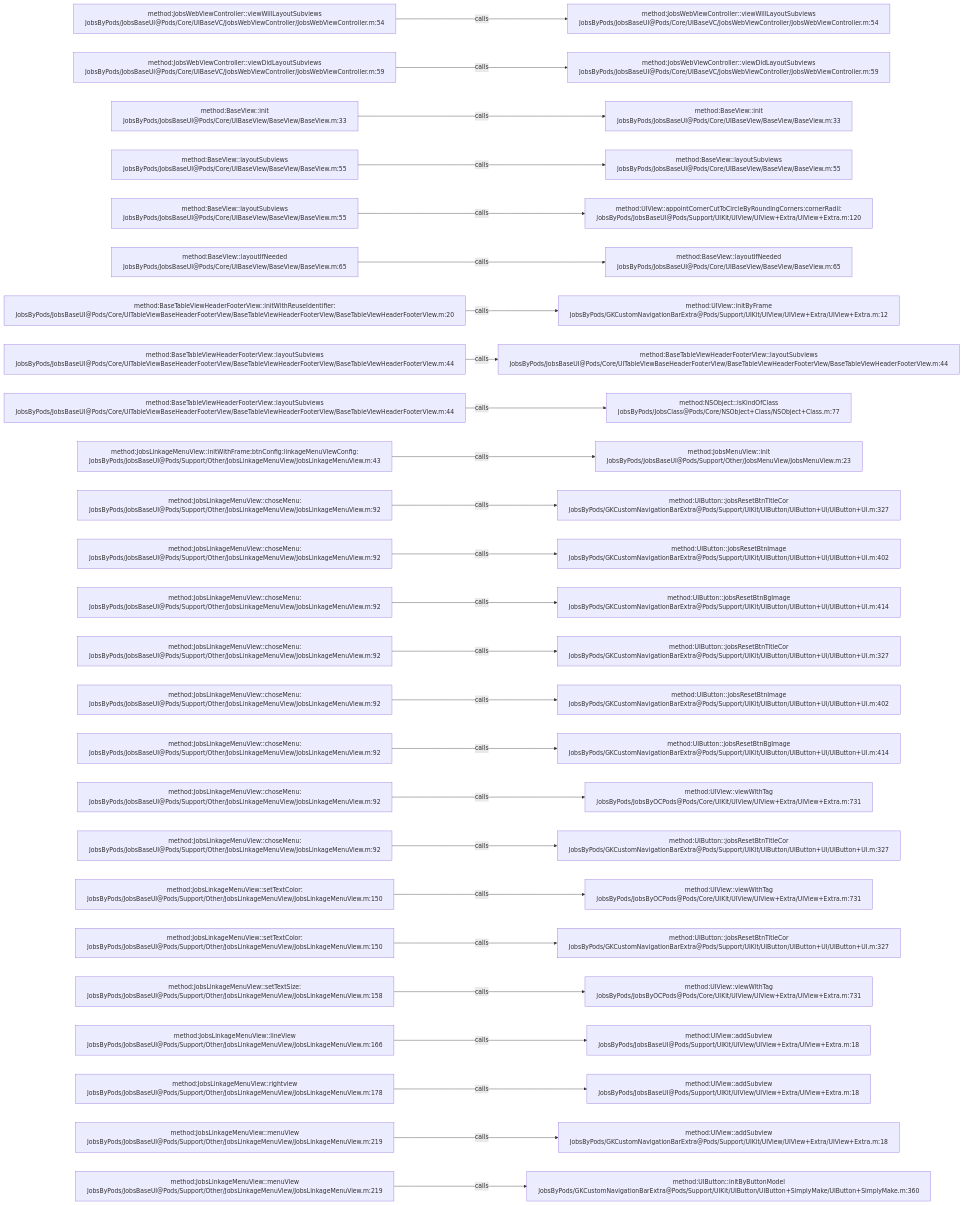
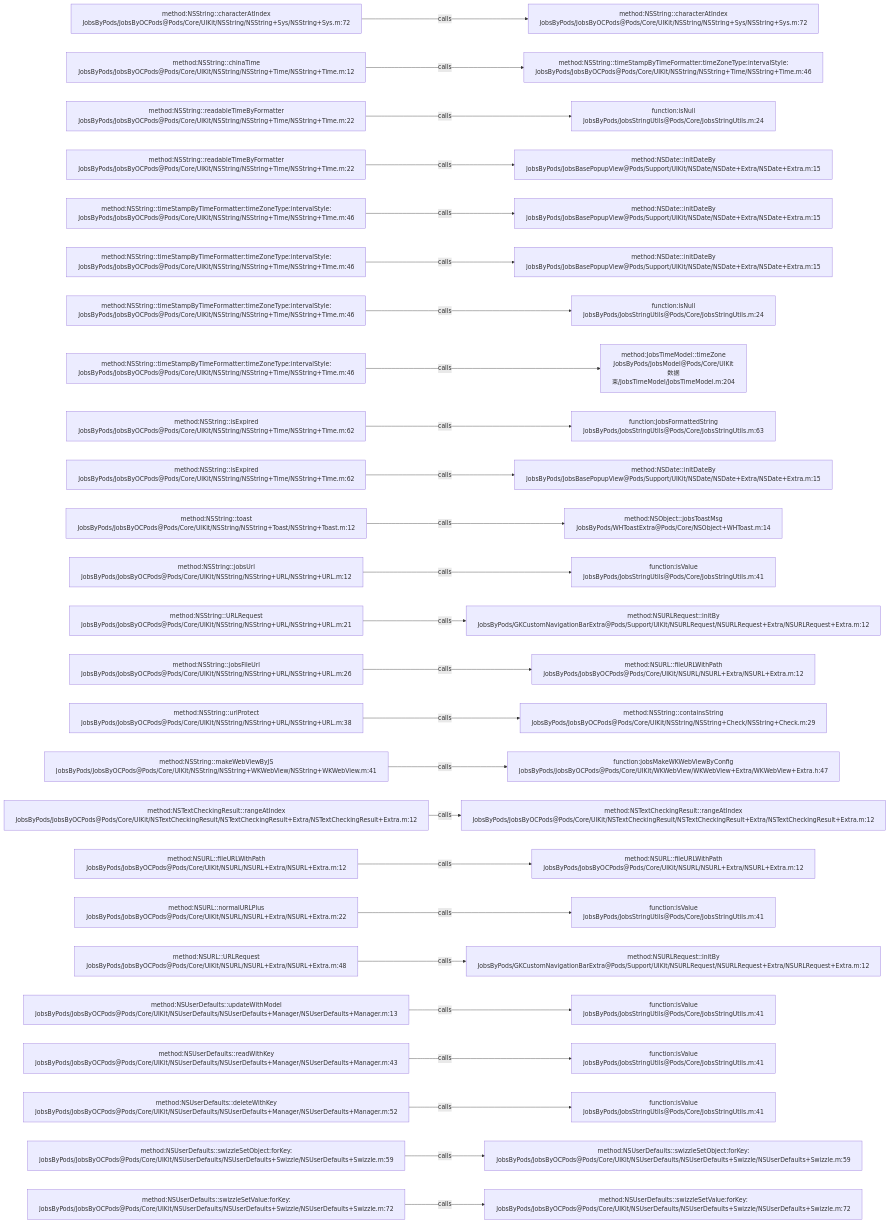
Before and after one commit to JobsKits/JobsOCBaseConfigDemo: the diagram in .codegraph/codegraph.md/graphs/calls-034.md, drawn with Mermaid. The commit also changed 573 other files, not shown here.

````diff
--- a/.codegraph/codegraph.md/graphs/calls-034.md
+++ b/.codegraph/codegraph.md/graphs/calls-034.md
@@ -13,78 +13,78 @@
 ```mermaid
 flowchart LR
-  S1["method:JobsWebViewController::viewWillLayoutSubviews<br/>JobsByPods/JobsBaseUI@Pods/Core/UIBaseVC/JobsWebViewController/JobsWebViewController.m:54"]
-  T1["method:JobsWebViewController::viewWillLayoutSubviews<br/>JobsByPods/JobsBaseUI@Pods/Core/UIBaseVC/JobsWebViewController/JobsWebViewController.m:54"]
+  S1["method:NSString::characterAtIndex<br/>JobsByPods/JobsByOCPods@Pods/Core/UIKit/NSString/NSString+Sys/NSString+Sys.m:72"]
+  T1["method:NSString::characterAtIndex<br/>JobsByPods/JobsByOCPods@Pods/Core/UIKit/NSString/NSString+Sys/NSString+Sys.m:72"]
   S1 -->|calls| T1
-  S2["method:JobsWebViewController::viewDidLayoutSubviews<br/>JobsByPods/JobsBaseUI@Pods/Core/UIBaseVC/JobsWebViewController/JobsWebViewController.m:59"]
-  T2["method:JobsWebViewController::viewDidLayoutSubviews<br/>JobsByPods/JobsBaseUI@Pods/Core/UIBaseVC/JobsWebViewController/JobsWebViewController.m:59"]
+  S2["method:NSString::chinaTime<br/>JobsByPods/JobsByOCPods@Pods/Core/UIKit/NSString/NSString+Time/NSString+Time.m:12"]
+  T2["method:NSString::timeStampByTimeFormatter:timeZoneType:intervalStyle:<br/>JobsByPods/JobsByOCPods@Pods/Core/UIKit/NSString/NSString+Time/NSString+Time.m:46"]
   S2 -->|calls| T2
-  S3["method:BaseView::init<br/>JobsByPods/JobsBaseUI@Pods/Core/UIBaseView/BaseView/BaseView.m:33"]
-  T3["method:BaseView::init<br/>JobsByPods/JobsBaseUI@Pods/Core/UIBaseView/BaseView/BaseView.m:33"]
+  S3["method:NSString::readableTimeByFormatter<br/>JobsByPods/JobsByOCPods@Pods/Core/UIKit/NSString/NSString+Time/NSString+Time.m:22"]
+  T3["function:isNull<br/>JobsByPods/JobsStringUtils@Pods/Core/JobsStringUtils.m:24"]
   S3 -->|calls| T3
-  S4["method:BaseView::layoutSubviews<br/>JobsByPods/JobsBaseUI@Pods/Core/UIBaseView/BaseView/BaseView.m:55"]
-  T4["method:BaseView::layoutSubviews<br/>JobsByPods/JobsBaseUI@Pods/Core/UIBaseView/BaseView/BaseView.m:55"]
+  S4["method:NSString::readableTimeByFormatter<br/>JobsByPods/JobsByOCPods@Pods/Core/UIKit/NSString/NSString+Time/NSString+Time.m:22"]
+  T4["method:NSDate::initDateBy<br/>JobsByPods/JobsBasePopupView@Pods/Support/UIKit/NSDate/NSDate+Extra/NSDate+Extra.m:15"]
   S4 -->|calls| T4
-  S5["method:BaseView::layoutSubviews<br/>JobsByPods/JobsBaseUI@Pods/Core/UIBaseView/BaseView/BaseView.m:55"]
-  T5["method:UIView::appointCornerCutToCircleByRoundingCorners:cornerRadii:<br/>JobsByPods/JobsBaseUI@Pods/Support/UIKit/UIView/UIView+Extra/UIView+Extra.m:120"]
+  S5["method:NSString::timeStampByTimeFormatter:timeZoneType:intervalStyle:<br/>JobsByPods/JobsByOCPods@Pods/Core/UIKit/NSString/NSString+Time/NSString+Time.m:46"]
+  T5["method:NSDate::initDateBy<br/>JobsByPods/JobsBasePopupView@Pods/Support/UIKit/NSDate/NSDate+Extra/NSDate+Extra.m:15"]
   S5 -->|calls| T5
-  S6["method:BaseView::layoutIfNeeded<br/>JobsByPods/JobsBaseUI@Pods/Core/UIBaseView/BaseView/BaseView.m:65"]
-  T6["method:BaseView::layoutIfNeeded<br/>JobsByPods/JobsBaseUI@Pods/Core/UIBaseView/BaseView/BaseView.m:65"]
+  S6["method:NSString::timeStampByTimeFormatter:timeZoneType:intervalStyle:<br/>JobsByPods/JobsByOCPods@Pods/Core/UIKit/NSString/NSString+Time/NSString+Time.m:46"]
+  T6["method:NSDate::initDateBy<br/>JobsByPods/JobsBasePopupView@Pods/Support/UIKit/NSDate/NSDate+Extra/NSDate+Extra.m:15"]
   S6 -->|calls| T6
-  S7["method:BaseTableViewHeaderFooterView::initWithReuseIdentifier:<br/>JobsByPods/JobsBaseUI@Pods/Core/UITableViewBaseHeaderFooterView/BaseTableViewHeaderFooterView/BaseTableViewHeaderFooterView.m:20"]
-  T7["method:UIView::initByFrame<br/>JobsByPods/GKCustomNavigationBarExtra@Pods/Support/UIKit/UIView/UIView+Extra/UIView+Extra.m:12"]
+  S7["method:NSString::timeStampByTimeFormatter:timeZoneType:intervalStyle:<br/>JobsByPods/JobsByOCPods@Pods/Core/UIKit/NSString/NSString+Time/NSString+Time.m:46"]
+  T7["function:isNull<br/>JobsByPods/JobsStringUtils@Pods/Core/JobsStringUtils.m:24"]
   S7 -->|calls| T7
-  S8["method:BaseTableViewHeaderFooterView::layoutSubviews<br/>JobsByPods/JobsBaseUI@Pods/Core/UITableViewBaseHeaderFooterView/BaseTableViewHeaderFooterView/BaseTableViewHeaderFooterView.m:44"]
-  T8["method:BaseTableViewHeaderFooterView::layoutSubviews<br/>JobsByPods/JobsBaseUI@Pods/Core/UITableViewBaseHeaderFooterView/BaseTableViewHeaderFooterView/BaseTableViewHeaderFooterView.m:44"]
+  S8["method:NSString::timeStampByTimeFormatter:timeZoneType:intervalStyle:<br/>JobsByPods/JobsByOCPods@Pods/Core/UIKit/NSString/NSString+Time/NSString+Time.m:46"]
+  T8["method:JobsTimeModel::timeZone<br/>JobsByPods/JobsModel@Pods/Core/UIKit数据束/JobsTimeModel/JobsTimeModel.m:204"]
   S8 -->|calls| T8
-  S9["method:BaseTableViewHeaderFooterView::layoutSubviews<br/>JobsByPods/JobsBaseUI@Pods/Core/UITableViewBaseHeaderFooterView/BaseTableViewHeaderFooterView/BaseTableViewHeaderFooterView.m:44"]
-  T9["method:NSObject::isKindOfClass<br/>JobsByPods/JobsClass@Pods/Core/NSObject+Class/NSObject+Class.m:77"]
+  S9["method:NSString::isExpired<br/>JobsByPods/JobsByOCPods@Pods/Core/UIKit/NSString/NSString+Time/NSString+Time.m:62"]
+  T9["function:JobsFormattedString<br/>JobsByPods/JobsStringUtils@Pods/Core/JobsStringUtils.m:63"]
   S9 -->|calls| T9
-  S10["method:JobsLinkageMenuView::initWithFrame:btnConfig:linkageMenuViewConfig:<br/>JobsByPods/JobsBaseUI@Pods/Support/Other/JobsLinkageMenuView/JobsLinkageMenuView.m:43"]
-  T10["method:JobsMenuView::init<br/>JobsByPods/JobsBaseUI@Pods/Support/Other/JobsMenuView/JobsMenuView.m:23"]
+  S10["method:NSString::isExpired<br/>JobsByPods/JobsByOCPods@Pods/Core/UIKit/NSString/NSString+Time/NSString+Time.m:62"]
+  T10["method:NSDate::initDateBy<br/>JobsByPods/JobsBasePopupView@Pods/Support/UIKit/NSDate/NSDate+Extra/NSDate+Extra.m:15"]
   S10 -->|calls| T10
-  S11["method:JobsLinkageMenuView::choseMenu:<br/>JobsByPods/JobsBaseUI@Pods/Support/Other/JobsLinkageMenuView/JobsLinkageMenuView.m:92"]
-  T11["method:UIButton::jobsResetBtnTitleCor<br/>JobsByPods/GKCustomNavigationBarExtra@Pods/Support/UIKit/UIButton/UIButton+UI/UIButton+UI.m:327"]
+  S11["method:NSString::toast<br/>JobsByPods/JobsByOCPods@Pods/Core/UIKit/NSString/NSString+Toast/NSString+Toast.m:12"]
+  T11["method:NSObject::jobsToastMsg<br/>JobsByPods/WHToastExtra@Pods/Core/NSObject+WHToast.m:14"]
   S11 -->|calls| T11
-  S12["method:JobsLinkageMenuView::choseMenu:<br/>JobsByPods/JobsBaseUI@Pods/Support/Other/JobsLinkageMenuView/JobsLinkageMenuView.m:92"]
-  T12["method:UIButton::jobsResetBtnImage<br/>JobsByPods/GKCustomNavigationBarExtra@Pods/Support/UIKit/UIButton/UIButton+UI/UIButton+UI.m:402"]
+  S12["method:NSString::jobsUrl<br/>JobsByPods/JobsByOCPods@Pods/Core/UIKit/NSString/NSString+URL/NSString+URL.m:12"]
+  T12["function:isValue<br/>JobsByPods/JobsStringUtils@Pods/Core/JobsStringUtils.m:41"]
   S12 -->|calls| T12
-  S13["method:JobsLinkageMenuView::choseMenu:<br/>JobsByPods/JobsBaseUI@Pods/Support/Other/JobsLinkageMenuView/JobsLinkageMenuView.m:92"]
-  T13["method:UIButton::jobsResetBtnBgImage<br/>JobsByPods/GKCustomNavigationBarExtra@Pods/Support/UIKit/UIButton/UIButton+UI/UIButton+UI.m:414"]
+  S13["method:NSString::URLRequest<br/>JobsByPods/JobsByOCPods@Pods/Core/UIKit/NSString/NSString+URL/NSString+URL.m:21"]
+  T13["method:NSURLRequest::initBy<br/>JobsByPods/GKCustomNavigationBarExtra@Pods/Support/UIKit/NSURLRequest/NSURLRequest+Extra/NSURLRequest+Extra.m:12"]
   S13 -->|calls| T13
-  S14["method:JobsLinkageMenuView::choseMenu:<br/>JobsByPods/JobsBaseUI@Pods/Support/Other/JobsLinkageMenuView/JobsLinkageMenuView.m:92"]
-  T14["method:UIButton::jobsResetBtnTitleCor<br/>JobsByPods/GKCustomNavigationBarExtra@Pods/Support/UIKit/UIButton/UIButton+UI/UIButton+UI.m:327"]
+  S14["method:NSString::jobsFileUrl<br/>JobsByPods/JobsByOCPods@Pods/Core/UIKit/NSString/NSString+URL/NSString+URL.m:26"]
+  T14["method:NSURL::fileURLWithPath<br/>JobsByPods/JobsByOCPods@Pods/Core/UIKit/NSURL/NSURL+Extra/NSURL+Extra.m:12"]
   S14 -->|calls| T14
-  S15["method:JobsLinkageMenuView::choseMenu:<br/>JobsByPods/JobsBaseUI@Pods/Support/Other/JobsLinkageMenuView/JobsLinkageMenuView.m:92"]
-  T15["method:UIButton::jobsResetBtnImage<br/>JobsByPods/GKCustomNavigationBarExtra@Pods/Support/UIKit/UIButton/UIButton+UI/UIButton+UI.m:402"]
+  S15["method:NSString::urlProtect<br/>JobsByPods/JobsByOCPods@Pods/Core/UIKit/NSString/NSString+URL/NSString+URL.m:38"]
+  T15["method:NSString::containsString<br/>JobsByPods/JobsByOCPods@Pods/Core/UIKit/NSString/NSString+Check/NSString+Check.m:29"]
   S15 -->|calls| T15
-  S16["method:JobsLinkageMenuView::choseMenu:<br/>JobsByPods/JobsBaseUI@Pods/Support/Other/JobsLinkageMenuView/JobsLinkageMenuView.m:92"]
-  T16["method:UIButton::jobsResetBtnBgImage<br/>JobsByPods/GKCustomNavigationBarExtra@Pods/Support/UIKit/UIButton/UIButton+UI/UIButton+UI.m:414"]
+  S16["method:NSString::makeWebViewByJS<br/>JobsByPods/JobsByOCPods@Pods/Core/UIKit/NSString/NSString+WKWebView/NSString+WKWebView.m:41"]
+  T16["function:jobsMakeWKWebViewByConfig<br/>JobsByPods/JobsByOCPods@Pods/Core/UIKit/WKWebView/WKWebView+Extra/WKWebView+Extra.h:47"]
   S16 -->|calls| T16
-  S17["method:JobsLinkageMenuView::choseMenu:<br/>JobsByPods/JobsBaseUI@Pods/Support/Other/JobsLinkageMenuView/JobsLinkageMenuView.m:92"]
-  T17["method:UIView::viewWithTag<br/>JobsByPods/JobsByOCPods@Pods/Core/UIKit/UIView/UIView+Extra/UIView+Extra.m:731"]
+  S17["method:NSTextCheckingResult::rangeAtIndex<br/>JobsByPods/JobsByOCPods@Pods/Core/UIKit/NSTextCheckingResult/NSTextCheckingResult+Extra/NSTextCheckingResult+Extra.m:12"]
+  T17["method:NSTextCheckingResult::rangeAtIndex<br/>JobsByPods/JobsByOCPods@Pods/Core/UIKit/NSTextCheckingResult/NSTextCheckingResult+Extra/NSTextCheckingResult+Extra.m:12"]
   S17 -->|calls| T17
-  S18["method:JobsLinkageMenuView::choseMenu:<br/>JobsByPods/JobsBaseUI@Pods/Support/Other/JobsLinkageMenuView/JobsLinkageMenuView.m:92"]
-  T18["method:UIButton::jobsResetBtnTitleCor<br/>JobsByPods/GKCustomNavigationBarExtra@Pods/Support/UIKit/UIButton/UIButton+UI/UIButton+UI.m:327"]
+  S18["method:NSURL::fileURLWithPath<br/>JobsByPods/JobsByOCPods@Pods/Core/UIKit/NSURL/NSURL+Extra/NSURL+Extra.m:12"]
+  T18["method:NSURL::fileURLWithPath<br/>JobsByPods/JobsByOCPods@Pods/Core/UIKit/NSURL/NSURL+Extra/NSURL+Extra.m:12"]
   S18 -->|calls| T18
-  S19["method:JobsLinkageMenuView::setTextColor:<br/>JobsByPods/JobsBaseUI@Pods/Support/Other/JobsLinkageMenuView/JobsLinkageMenuView.m:150"]
-  T19["method:UIView::viewWithTag<br/>JobsByPods/JobsByOCPods@Pods/Core/UIKit/UIView/UIView+Extra/UIView+Extra.m:731"]
+  S19["method:NSURL::normalURLPlus<br/>JobsByPods/JobsByOCPods@Pods/Core/UIKit/NSURL/NSURL+Extra/NSURL+Extra.m:22"]
+  T19["function:isValue<br/>JobsByPods/JobsStringUtils@Pods/Core/JobsStringUtils.m:41"]
   S19 -->|calls| T19
-  S20["method:JobsLinkageMenuView::setTextColor:<br/>JobsByPods/JobsBaseUI@Pods/Support/Other/JobsLinkageMenuView/JobsLinkageMenuView.m:150"]
-  T20["method:UIButton::jobsResetBtnTitleCor<br/>JobsByPods/GKCustomNavigationBarExtra@Pods/Support/UIKit/UIButton/UIButton+UI/UIButton+UI.m:327"]
+  S20["method:NSURL::URLRequest<br/>JobsByPods/JobsByOCPods@Pods/Core/UIKit/NSURL/NSURL+Extra/NSURL+Extra.m:48"]
+  T20["method:NSURLRequest::initBy<br/>JobsByPods/GKCustomNavigationBarExtra@Pods/Support/UIKit/NSURLRequest/NSURLRequest+Extra/NSURLRequest+Extra.m:12"]
   S20 -->|calls| T20
-  S21["method:JobsLinkageMenuView::setTextSize:<br/>JobsByPods/JobsBaseUI@Pods/Support/Other/JobsLinkageMenuView/JobsLinkageMenuView.m:158"]
-  T21["method:UIView::viewWithTag<br/>JobsByPods/JobsByOCPods@Pods/Core/UIKit/UIView/UIView+Extra/UIView+Extra.m:731"]
+  S21["method:NSUserDefaults::updateWithModel<br/>JobsByPods/JobsByOCPods@Pods/Core/UIKit/NSUserDefaults/NSUserDefaults+Manager/NSUserDefaults+Manager.m:13"]
+  T21["function:isValue<br/>JobsByPods/JobsStringUtils@Pods/Core/JobsStringUtils.m:41"]
   S21 -->|calls| T21
-  S22["method:JobsLinkageMenuView::lineView<br/>JobsByPods/JobsBaseUI@Pods/Support/Other/JobsLinkageMenuView/JobsLinkageMenuView.m:166"]
-  T22["method:UIView::addSubview<br/>JobsByPods/JobsBaseUI@Pods/Support/UIKit/UIView/UIView+Extra/UIView+Extra.m:18"]
+  S22["method:NSUserDefaults::readWithKey<br/>JobsByPods/JobsByOCPods@Pods/Core/UIKit/NSUserDefaults/NSUserDefaults+Manager/NSUserDefaults+Manager.m:43"]
+  T22["function:isValue<br/>JobsByPods/JobsStringUtils@Pods/Core/JobsStringUtils.m:41"]
   S22 -->|calls| T22
-  S23["method:JobsLinkageMenuView::rightview<br/>JobsByPods/JobsBaseUI@Pods/Support/Other/JobsLinkageMenuView/JobsLinkageMenuView.m:178"]
-  T23["method:UIView::addSubview<br/>JobsByPods/JobsBaseUI@Pods/Support/UIKit/UIView/UIView+Extra/UIView+Extra.m:18"]
+  S23["method:NSUserDefaults::deleteWithKey<br/>JobsByPods/JobsByOCPods@Pods/Core/UIKit/NSUserDefaults/NSUserDefaults+Manager/NSUserDefaults+Manager.m:52"]
+  T23["function:isValue<br/>JobsByPods/JobsStringUtils@Pods/Core/JobsStringUtils.m:41"]
   S23 -->|calls| T23
-  S24["method:JobsLinkageMenuView::menuView<br/>JobsByPods/JobsBaseUI@Pods/Support/Other/JobsLinkageMenuView/JobsLinkageMenuView.m:219"]
-  T24["method:UIView::addSubview<br/>JobsByPods/GKCustomNavigationBarExtra@Pods/Support/UIKit/UIView/UIView+Extra/UIView+Extra.m:18"]
+  S24["method:NSUserDefaults::swizzleSetObject:forKey:<br/>JobsByPods/JobsByOCPods@Pods/Core/UIKit/NSUserDefaults/NSUserDefaults+Swizzle/NSUserDefaults+Swizzle.m:59"]
+  T24["method:NSUserDefaults::swizzleSetObject:forKey:<br/>JobsByPods/JobsByOCPods@Pods/Core/UIKit/NSUserDefaults/NSUserDefaults+Swizzle/NSUserDefaults+Swizzle.m:59"]
   S24 -->|calls| T24
-  S25["method:JobsLinkageMenuView::menuView<br/>JobsByPods/JobsBaseUI@Pods/Support/Other/JobsLinkageMenuView/JobsLinkageMenuView.m:219"]
-  T25["method:UIButton::initByButtonModel<br/>JobsByPods/GKCustomNavigationBarExtra@Pods/Support/UIKit/UIButton/UIButton+SimplyMake/UIButton+SimplyMake.m:360"]
+  S25["method:NSUserDefaults::swizzleSetValue:forKey:<br/>JobsByPods/JobsByOCPods@Pods/Core/UIKit/NSUserDefaults/NSUserDefaults+Swizzle/NSUserDefaults+Swizzle.m:72"]
+  T25["method:NSUserDefaults::swizzleSetValue:forKey:<br/>JobsByPods/JobsByOCPods@Pods/Core/UIKit/NSUserDefaults/NSUserDefaults+Swizzle/NSUserDefaults+Swizzle.m:72"]
   S25 -->|calls| T25
 ```
````
